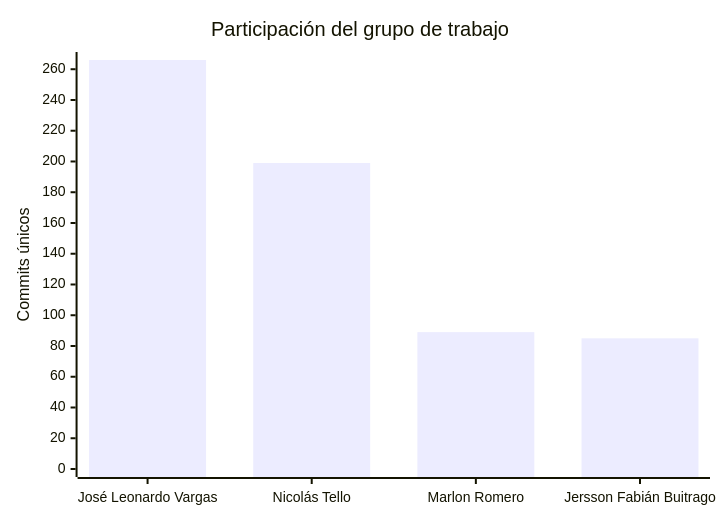
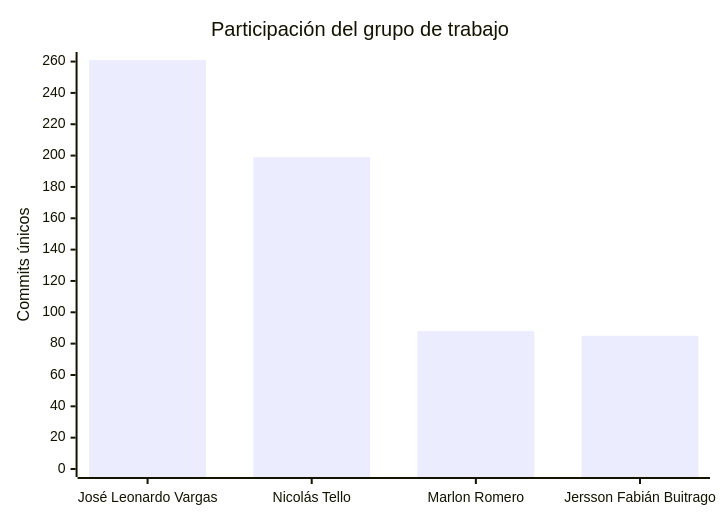
Before and after one commit to FarmaExpres/FarmaExpres: the second of 2 diagrams in README.md, drawn with Mermaid. The commit also changed other lines of this file and 1 other file, not shown here.

````diff
--- a/README.md
+++ b/README.md
@@ -401,7 +401,7 @@
 ```mermaid
 xychart-beta
     title "Participación del grupo de trabajo"
     x-axis ["José Leonardo Vargas", "Nicolás Tello", "Marlon Romero", "Jersson Fabián Buitrago"]
-    y-axis "Commits únicos" 0 --> 266
-    bar [266, 199, 89, 85]
+    y-axis "Commits únicos" 0 --> 261
+    bar [261, 199, 88, 85]
 ```
````
